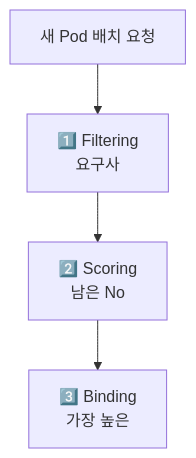
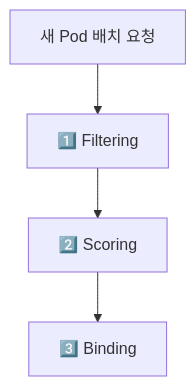
The second of 2 diagrams in _posts/cloud/2026-05-01-kubernetes.md (yjkim2015/yjkim2015.github.io), drawn with Mermaid before and after one commit. The commit also changed 217 other files, not shown here.

First line of the commit message:
Mermaid 크기 수정: useMaxWidth:true + SVG max-width:100% + 라벨 축소

````diff
--- a/_posts/cloud/2026-05-01-kubernetes.md
+++ b/_posts/cloud/2026-05-01-kubernetes.md
@@ -213,6 +213,6 @@
 ```mermaid
 graph TD
-    POD["새 Pod 배치 요청"] --> F["1️⃣ Filtering\n요구사"]
-    F --> S["2️⃣ Scoring\n남은 No"]
-    S --> B["3️⃣ Binding\n가장 높은"]
+    POD["새 Pod 배치 요청"] --> F["1️⃣ Filtering"]
+    F --> S["2️⃣ Scoring"]
+    S --> B["3️⃣ Binding"]
 ```
````
